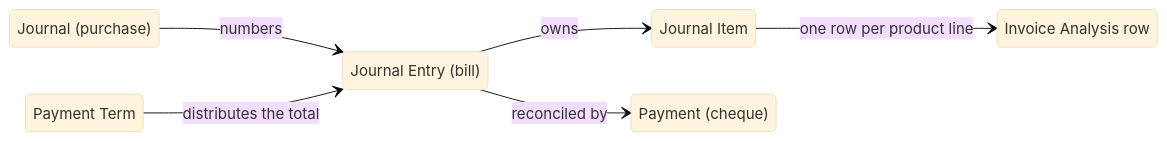
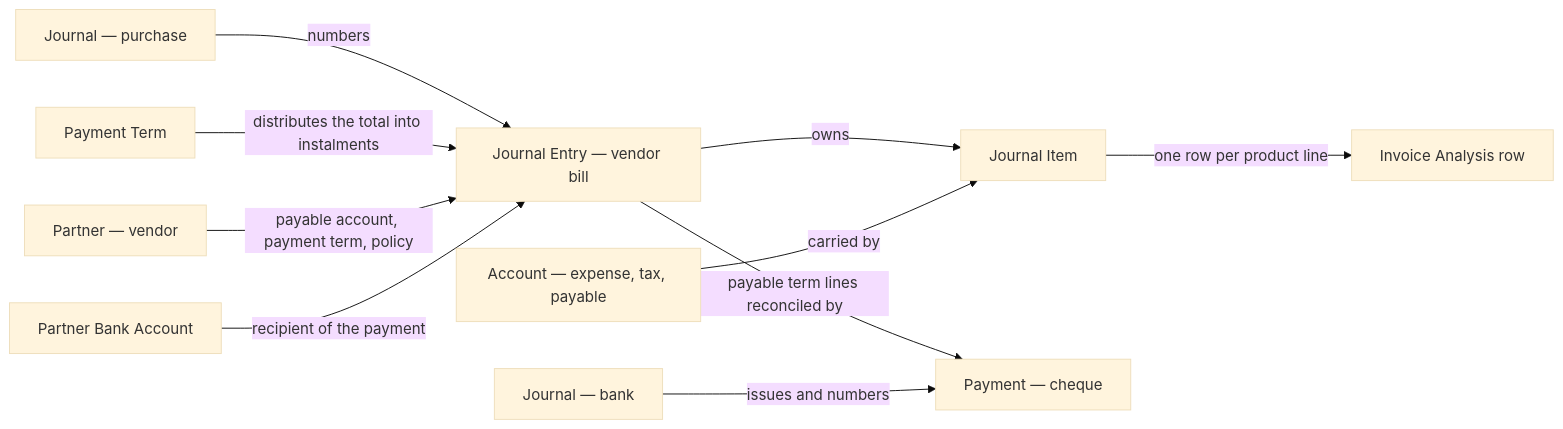
One commit to vast-development-method/odoo-doc changed the diagram in docs/domains/accounts-payable/entities.md. Above: the diagram before and after it, drawn with Mermaid (base theme). The commit also changed other lines of this file and 24 other files, not shown here.

````diff
--- a/docs/domains/accounts-payable/entities.md
+++ b/docs/domains/accounts-payable/entities.md
@@ -786,15 +786,12 @@
 ```mermaid
-stateDiagram-v2
-    direction LR
-    state "Journal (purchase)" as J
-    state "Journal Entry (bill)" as M
-    state "Journal Item" as L
-    state "Payment Term" as T
-    state "Payment (cheque)" as P
-    state "Invoice Analysis row" as R
-    J --> M: numbers
-    M --> L: owns
-    T --> M: distributes the total
-    M --> P: reconciled by
-    L --> R: one row per product line
+flowchart LR
+    J["Journal — purchase"] -->|numbers| M["Journal Entry — vendor bill"]
+    T["Payment Term"] -->|distributes the total into instalments| M
+    M -->|owns| L["Journal Item"]
+    L -->|one row per product line| R["Invoice Analysis row"]
+    M -->|payable term lines reconciled by| P["Payment — cheque"]
+    BJ["Journal — bank"] -->|issues and numbers| P
+    PT["Partner — vendor"] -->|payable account, payment term, policy| M
+    BA["Partner Bank Account"] -->|recipient of the payment| M
+    A["Account — expense, tax, payable"] -->|carried by| L
 ```
````
